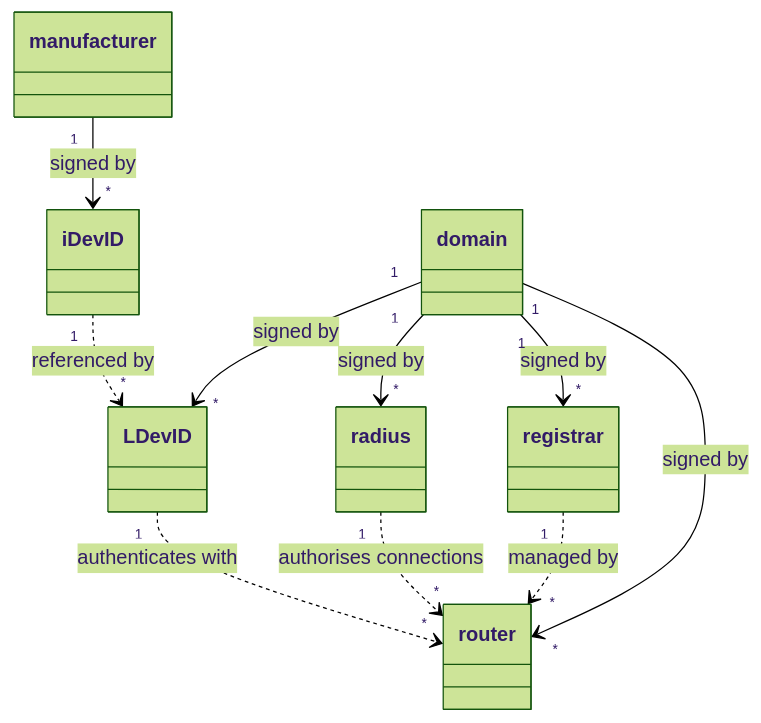
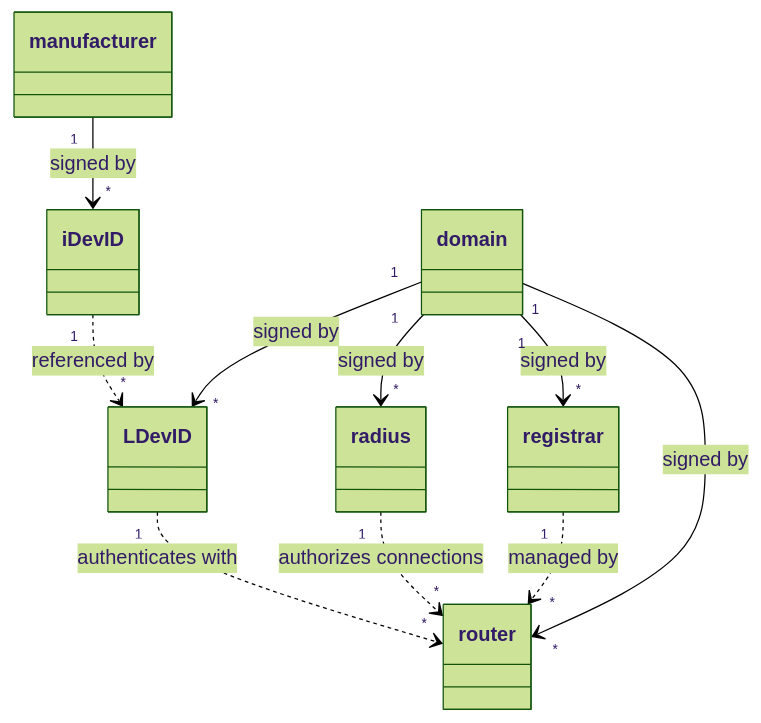
One commit to nqminds/trustnetz changed the diagram in packages/docusaurus/docs/build5-docs/22-certificates.md. Above: the diagram before and after it, drawn with Mermaid (forest theme). The commit also changed other lines of this file and 11 other files, not shown here.

````diff
--- a/packages/docusaurus/docs/build5-docs/22-certificates.md
+++ b/packages/docusaurus/docs/build5-docs/22-certificates.md
@@ -21,13 +21,13 @@
 ```mermaid
 classDiagram
     iDevID "1" ..> "*" LDevID : referenced by
     domain "1" --> "*" LDevID : signed by
     domain "1" --> "*" radius : signed by
     domain "1" --> "*" registrar : signed by
     manufacturer "1" --> "*" iDevID: signed by
     domain "1" --> "*" router: signed by
     registrar "1" ..> "*" router: managed by
-    radius "1" ..> "*" router: authorises connections
+    radius "1" ..> "*" router: authorizes connections
     LDevID "1" ..> "*" router: authenticates with
    
 ```
````
